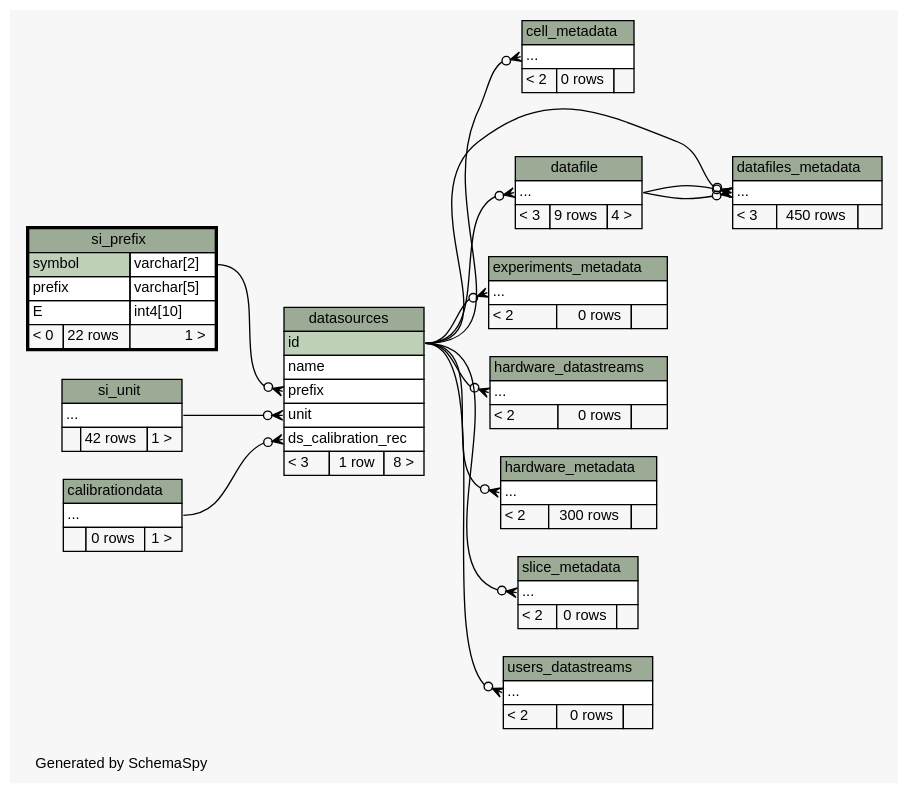
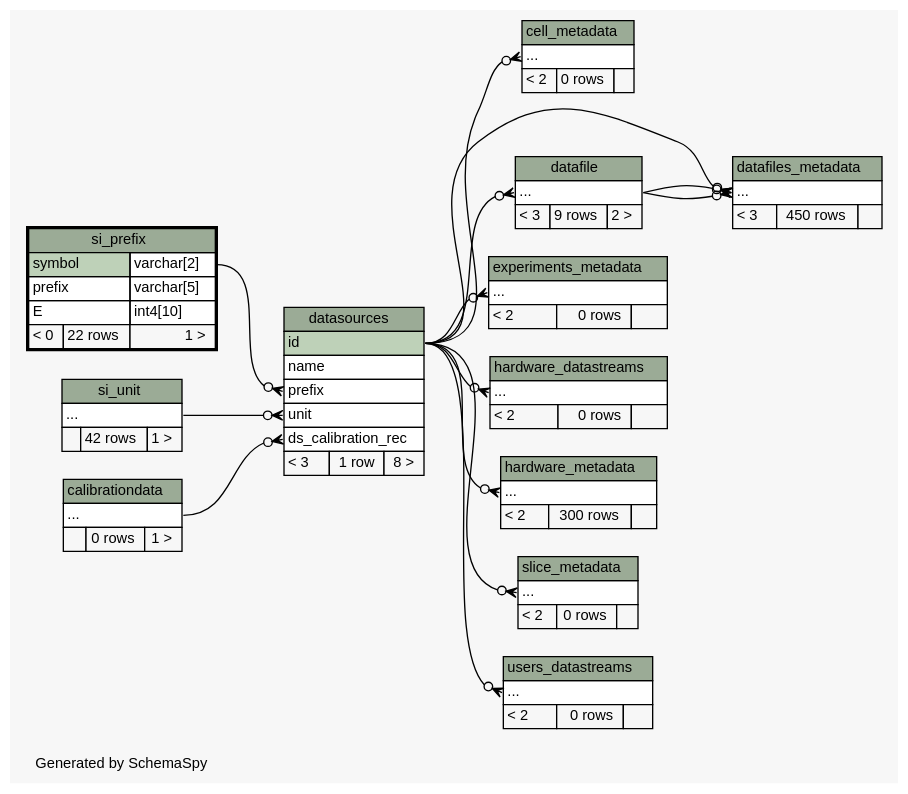
Before and after one commit to tgbugs/mlab: the diagram in database/ss/diagrams/si_prefix.2degrees.dot, drawn with Graphviz. The commit also changed 183 other files, not shown here.

```diff
--- a/database/ss/diagrams/si_prefix.2degrees.dot
+++ b/database/ss/diagrams/si_prefix.2degrees.dot
@@ -1,161 +1,161 @@
 // dot 2.32.0 on Windows 7 6.1
 // SchemaSpy rev 590
 digraph "twoDegreesRelationshipsDiagram" {
   graph [
     rankdir="RL"
     bgcolor="#f7f7f7"
     label="\nGenerated by SchemaSpy"
     labeljust="l"
     nodesep="0.18"
     ranksep="0.46"
     fontname="Helvetica"
     fontsize="11"
   ];
   node [
     fontname="Helvetica"
     fontsize="11"
     shape="plaintext"
   ];
   edge [
     arrowsize="0.8"
   ];
   "cell_metadata":"elipses":w -> "datasources":"id":e [arrowhead=none dir=back arrowtail=crowodot];
   "datafile":"elipses":w -> "datasources":"id":e [arrowhead=none dir=back arrowtail=crowodot];
   "datafiles_metadata":"elipses":w -> "datasources":"id":e [arrowhead=none dir=back arrowtail=crowodot];
   "datafiles_metadata":"elipses":w -> "datafile":"elipses":e [arrowhead=none dir=back arrowtail=crowodot];
   "datafiles_metadata":"elipses":w -> "datafile":"elipses":e [arrowhead=none dir=back arrowtail=crowodot];
   "datasources":"ds_calibration_rec":w -> "calibrationdata":"elipses":e [arrowhead=none dir=back arrowtail=crowodot];
   "datasources":"prefix":w -> "si_prefix":"symbol.type":e [arrowhead=none dir=back arrowtail=crowodot];
   "datasources":"unit":w -> "si_unit":"elipses":e [arrowhead=none dir=back arrowtail=crowodot];
   "experiments_metadata":"elipses":w -> "datasources":"id":e [arrowhead=none dir=back arrowtail=crowodot];
   "hardware_datastreams":"elipses":w -> "datasources":"id":e [arrowhead=none dir=back arrowtail=crowodot];
   "hardware_metadata":"elipses":w -> "datasources":"id":e [arrowhead=none dir=back arrowtail=crowodot];
   "slice_metadata":"elipses":w -> "datasources":"id":e [arrowhead=none dir=back arrowtail=crowodot];
   "users_datastreams":"elipses":w -> "datasources":"id":e [arrowhead=none dir=back arrowtail=crowodot];
   "calibrationdata" [
     label=<
     <TABLE BORDER="0" CELLBORDER="1" CELLSPACING="0" BGCOLOR="#ffffff">
       <TR><TD COLSPAN="3" BGCOLOR="#9bab96" ALIGN="CENTER">calibrationdata</TD></TR>
       <TR><TD PORT="elipses" COLSPAN="3" ALIGN="LEFT">...</TD></TR>
       <TR><TD ALIGN="LEFT" BGCOLOR="#f7f7f7">  </TD><TD ALIGN="RIGHT" BGCOLOR="#f7f7f7">0 rows</TD><TD ALIGN="RIGHT" BGCOLOR="#f7f7f7">1 &gt;</TD></TR>
     </TABLE>>
     URL="calibrationdata.html"
     tooltip="calibrationdata"
   ];
   "cell_metadata" [
     label=<
     <TABLE BORDER="0" CELLBORDER="1" CELLSPACING="0" BGCOLOR="#ffffff">
       <TR><TD COLSPAN="3" BGCOLOR="#9bab96" ALIGN="CENTER">cell_metadata</TD></TR>
       <TR><TD PORT="elipses" COLSPAN="3" ALIGN="LEFT">...</TD></TR>
       <TR><TD ALIGN="LEFT" BGCOLOR="#f7f7f7">&lt; 2</TD><TD ALIGN="RIGHT" BGCOLOR="#f7f7f7">0 rows</TD><TD ALIGN="RIGHT" BGCOLOR="#f7f7f7">  </TD></TR>
     </TABLE>>
     URL="cell_metadata.html"
     tooltip="cell_metadata"
   ];
   "datafile" [
     label=<
     <TABLE BORDER="0" CELLBORDER="1" CELLSPACING="0" BGCOLOR="#ffffff">
       <TR><TD COLSPAN="3" BGCOLOR="#9bab96" ALIGN="CENTER">datafile</TD></TR>
       <TR><TD PORT="elipses" COLSPAN="3" ALIGN="LEFT">...</TD></TR>
-      <TR><TD ALIGN="LEFT" BGCOLOR="#f7f7f7">&lt; 3</TD><TD ALIGN="RIGHT" BGCOLOR="#f7f7f7">9 rows</TD><TD ALIGN="RIGHT" BGCOLOR="#f7f7f7">4 &gt;</TD></TR>
+      <TR><TD ALIGN="LEFT" BGCOLOR="#f7f7f7">&lt; 3</TD><TD ALIGN="RIGHT" BGCOLOR="#f7f7f7">9 rows</TD><TD ALIGN="RIGHT" BGCOLOR="#f7f7f7">2 &gt;</TD></TR>
     </TABLE>>
     URL="datafile.html"
     tooltip="datafile"
   ];
   "datafiles_metadata" [
     label=<
     <TABLE BORDER="0" CELLBORDER="1" CELLSPACING="0" BGCOLOR="#ffffff">
       <TR><TD COLSPAN="3" BGCOLOR="#9bab96" ALIGN="CENTER">datafiles_metadata</TD></TR>
       <TR><TD PORT="elipses" COLSPAN="3" ALIGN="LEFT">...</TD></TR>
       <TR><TD ALIGN="LEFT" BGCOLOR="#f7f7f7">&lt; 3</TD><TD ALIGN="RIGHT" BGCOLOR="#f7f7f7">450 rows</TD><TD ALIGN="RIGHT" BGCOLOR="#f7f7f7">  </TD></TR>
     </TABLE>>
     URL="datafiles_metadata.html"
     tooltip="datafiles_metadata"
   ];
   "datasources" [
     label=<
     <TABLE BORDER="0" CELLBORDER="1" CELLSPACING="0" BGCOLOR="#ffffff">
       <TR><TD COLSPAN="3" BGCOLOR="#9bab96" ALIGN="CENTER">datasources</TD></TR>
       <TR><TD PORT="id" COLSPAN="3" BGCOLOR="#bed1b8" ALIGN="LEFT">id</TD></TR>
       <TR><TD PORT="name" COLSPAN="3" ALIGN="LEFT">name</TD></TR>
       <TR><TD PORT="prefix" COLSPAN="3" ALIGN="LEFT">prefix</TD></TR>
       <TR><TD PORT="unit" COLSPAN="3" ALIGN="LEFT">unit</TD></TR>
       <TR><TD PORT="ds_calibration_rec" COLSPAN="3" ALIGN="LEFT">ds_calibration_rec</TD></TR>
       <TR><TD ALIGN="LEFT" BGCOLOR="#f7f7f7">&lt; 3</TD><TD ALIGN="RIGHT" BGCOLOR="#f7f7f7">1 row</TD><TD ALIGN="RIGHT" BGCOLOR="#f7f7f7">8 &gt;</TD></TR>
     </TABLE>>
     URL="datasources.html"
     tooltip="datasources"
   ];
   "experiments_metadata" [
     label=<
     <TABLE BORDER="0" CELLBORDER="1" CELLSPACING="0" BGCOLOR="#ffffff">
       <TR><TD COLSPAN="3" BGCOLOR="#9bab96" ALIGN="CENTER">experiments_metadata</TD></TR>
       <TR><TD PORT="elipses" COLSPAN="3" ALIGN="LEFT">...</TD></TR>
       <TR><TD ALIGN="LEFT" BGCOLOR="#f7f7f7">&lt; 2</TD><TD ALIGN="RIGHT" BGCOLOR="#f7f7f7">0 rows</TD><TD ALIGN="RIGHT" BGCOLOR="#f7f7f7">  </TD></TR>
     </TABLE>>
     URL="experiments_metadata.html"
     tooltip="experiments_metadata"
   ];
   "hardware_datastreams" [
     label=<
     <TABLE BORDER="0" CELLBORDER="1" CELLSPACING="0" BGCOLOR="#ffffff">
       <TR><TD COLSPAN="3" BGCOLOR="#9bab96" ALIGN="CENTER">hardware_datastreams</TD></TR>
       <TR><TD PORT="elipses" COLSPAN="3" ALIGN="LEFT">...</TD></TR>
       <TR><TD ALIGN="LEFT" BGCOLOR="#f7f7f7">&lt; 2</TD><TD ALIGN="RIGHT" BGCOLOR="#f7f7f7">0 rows</TD><TD ALIGN="RIGHT" BGCOLOR="#f7f7f7">  </TD></TR>
     </TABLE>>
     URL="hardware_datastreams.html"
     tooltip="hardware_datastreams"
   ];
   "hardware_metadata" [
     label=<
     <TABLE BORDER="0" CELLBORDER="1" CELLSPACING="0" BGCOLOR="#ffffff">
       <TR><TD COLSPAN="3" BGCOLOR="#9bab96" ALIGN="CENTER">hardware_metadata</TD></TR>
       <TR><TD PORT="elipses" COLSPAN="3" ALIGN="LEFT">...</TD></TR>
       <TR><TD ALIGN="LEFT" BGCOLOR="#f7f7f7">&lt; 2</TD><TD ALIGN="RIGHT" BGCOLOR="#f7f7f7">300 rows</TD><TD ALIGN="RIGHT" BGCOLOR="#f7f7f7">  </TD></TR>
     </TABLE>>
     URL="hardware_metadata.html"
     tooltip="hardware_metadata"
   ];
   "si_prefix" [
     label=<
     <TABLE BORDER="2" CELLBORDER="1" CELLSPACING="0" BGCOLOR="#ffffff">
       <TR><TD COLSPAN="3" BGCOLOR="#9bab96" ALIGN="CENTER">si_prefix</TD></TR>
       <TR><TD PORT="symbol" COLSPAN="2" BGCOLOR="#bed1b8" ALIGN="LEFT">symbol</TD><TD PORT="symbol.type" ALIGN="LEFT">varchar[2]</TD></TR>
       <TR><TD PORT="prefix" COLSPAN="2" ALIGN="LEFT">prefix</TD><TD PORT="prefix.type" ALIGN="LEFT">varchar[5]</TD></TR>
       <TR><TD PORT="E" COLSPAN="2" ALIGN="LEFT">E</TD><TD PORT="E.type" ALIGN="LEFT">int4[10]</TD></TR>
       <TR><TD ALIGN="LEFT" BGCOLOR="#f7f7f7">&lt; 0</TD><TD ALIGN="RIGHT" BGCOLOR="#f7f7f7">22 rows</TD><TD ALIGN="RIGHT" BGCOLOR="#f7f7f7">1 &gt;</TD></TR>
     </TABLE>>
     URL="si_prefix.html"
     tooltip="si_prefix"
   ];
   "si_unit" [
     label=<
     <TABLE BORDER="0" CELLBORDER="1" CELLSPACING="0" BGCOLOR="#ffffff">
       <TR><TD COLSPAN="3" BGCOLOR="#9bab96" ALIGN="CENTER">si_unit</TD></TR>
       <TR><TD PORT="elipses" COLSPAN="3" ALIGN="LEFT">...</TD></TR>
       <TR><TD ALIGN="LEFT" BGCOLOR="#f7f7f7">  </TD><TD ALIGN="RIGHT" BGCOLOR="#f7f7f7">42 rows</TD><TD ALIGN="RIGHT" BGCOLOR="#f7f7f7">1 &gt;</TD></TR>
     </TABLE>>
     URL="si_unit.html"
     tooltip="si_unit"
   ];
   "slice_metadata" [
     label=<
     <TABLE BORDER="0" CELLBORDER="1" CELLSPACING="0" BGCOLOR="#ffffff">
       <TR><TD COLSPAN="3" BGCOLOR="#9bab96" ALIGN="CENTER">slice_metadata</TD></TR>
       <TR><TD PORT="elipses" COLSPAN="3" ALIGN="LEFT">...</TD></TR>
       <TR><TD ALIGN="LEFT" BGCOLOR="#f7f7f7">&lt; 2</TD><TD ALIGN="RIGHT" BGCOLOR="#f7f7f7">0 rows</TD><TD ALIGN="RIGHT" BGCOLOR="#f7f7f7">  </TD></TR>
     </TABLE>>
     URL="slice_metadata.html"
     tooltip="slice_metadata"
   ];
   "users_datastreams" [
     label=<
     <TABLE BORDER="0" CELLBORDER="1" CELLSPACING="0" BGCOLOR="#ffffff">
       <TR><TD COLSPAN="3" BGCOLOR="#9bab96" ALIGN="CENTER">users_datastreams</TD></TR>
       <TR><TD PORT="elipses" COLSPAN="3" ALIGN="LEFT">...</TD></TR>
       <TR><TD ALIGN="LEFT" BGCOLOR="#f7f7f7">&lt; 2</TD><TD ALIGN="RIGHT" BGCOLOR="#f7f7f7">0 rows</TD><TD ALIGN="RIGHT" BGCOLOR="#f7f7f7">  </TD></TR>
     </TABLE>>
     URL="users_datastreams.html"
     tooltip="users_datastreams"
   ];
 }
```
